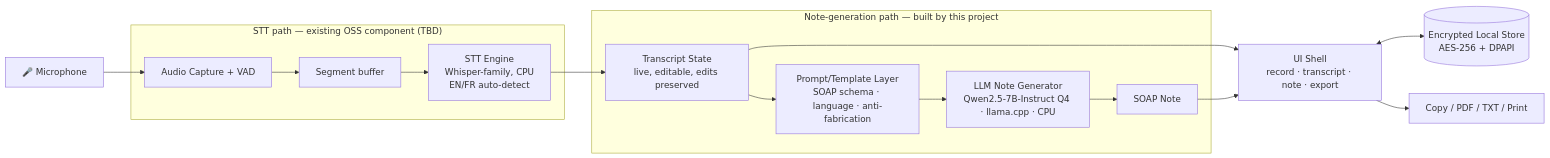
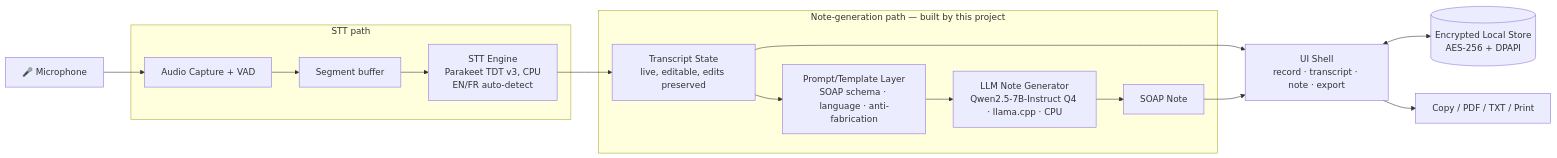
One commit to Vishnu373/asmart-medical-scribe changed the second of 4 diagrams in design.md. Above: the diagram before and after it, drawn with Mermaid. The commit also changed other lines of this file and 20 other files, not shown here.

````diff
--- a/design.md
+++ b/design.md
@@ -191,22 +191,22 @@
 ```mermaid
 flowchart LR
     Mic[🎤 Microphone] --> Cap[Audio Capture + VAD]
 
-    subgraph STT["STT path — existing OSS component (TBD)"]
+    subgraph STT["STT path"]
         Cap --> Seg[Segment buffer]
-        Seg --> ASR[STT Engine<br/>Whisper-family, CPU<br/>EN/FR auto-detect]
+        Seg --> ASR[STT Engine<br/>Parakeet TDT v3, CPU<br/>EN/FR auto-detect]
     end
 
     ASR --> TStore[Transcript State<br/>live, editable, edits preserved]
 
     subgraph NoteGen["Note-generation path — built by this project"]
         TStore --> Prompt[Prompt/Template Layer<br/>SOAP schema · language · anti-fabrication]
         Prompt --> LLM[LLM Note Generator<br/>Qwen2.5-7B-Instruct Q4 · llama.cpp · CPU]
         LLM --> Note[SOAP Note]
     end
 
     TStore --> UI
     Note --> UI[UI Shell<br/>record · transcript · note · export]
     UI <--> Persist[(Encrypted Local Store<br/>AES-256 + DPAPI)]
     UI --> Export[Copy / PDF / TXT / Print]
 ```
````
